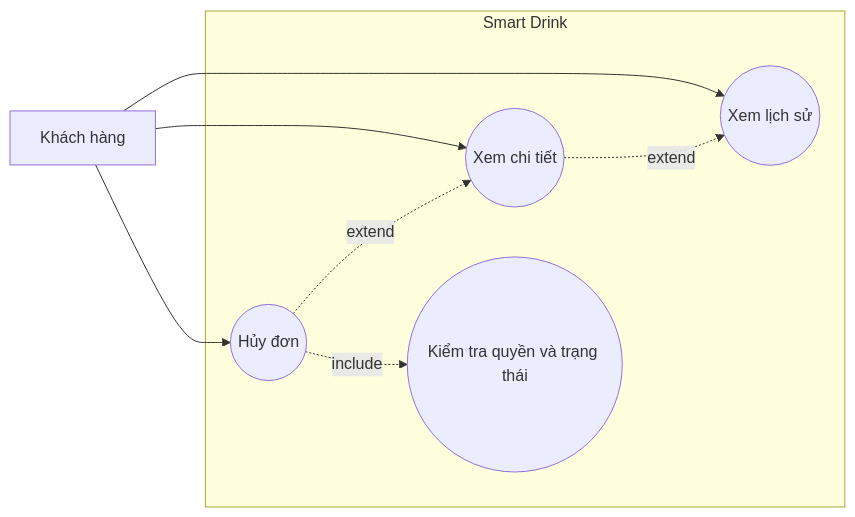
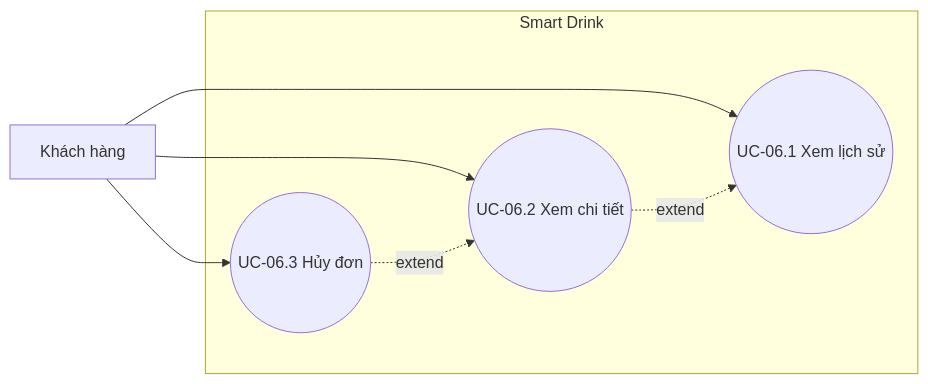
The sixth of 10 diagrams in tai_lieu_phan_tich_thiet_ke_he_thong/03-dac-ta-ca-su-dung.md (alisa12405/drink_app), drawn with Mermaid before and after one commit. The commit also changed other lines of this file and 4 other files, not shown here.

````diff
--- a/tai_lieu_phan_tich_thiet_ke_he_thong/03-dac-ta-ca-su-dung.md
+++ b/tai_lieu_phan_tich_thiet_ke_he_thong/03-dac-ta-ca-su-dung.md
@@ -189,16 +287,14 @@
 ```mermaid
 flowchart LR
     Customer[Khách hàng]
     subgraph SYS[Smart Drink]
-        History((Xem lịch sử))
-        Detail((Xem chi tiết))
-        Cancel((Hủy đơn))
-        Check((Kiểm tra quyền và trạng thái))
+        History((UC-06.1 Xem lịch sử))
+        Detail((UC-06.2 Xem chi tiết))
+        Cancel((UC-06.3 Hủy đơn))
     end
     Customer --> History
     Customer --> Detail
     Customer --> Cancel
     Detail -. extend .-> History
     Cancel -. extend .-> Detail
-    Cancel -. include .-> Check
 ```
````
